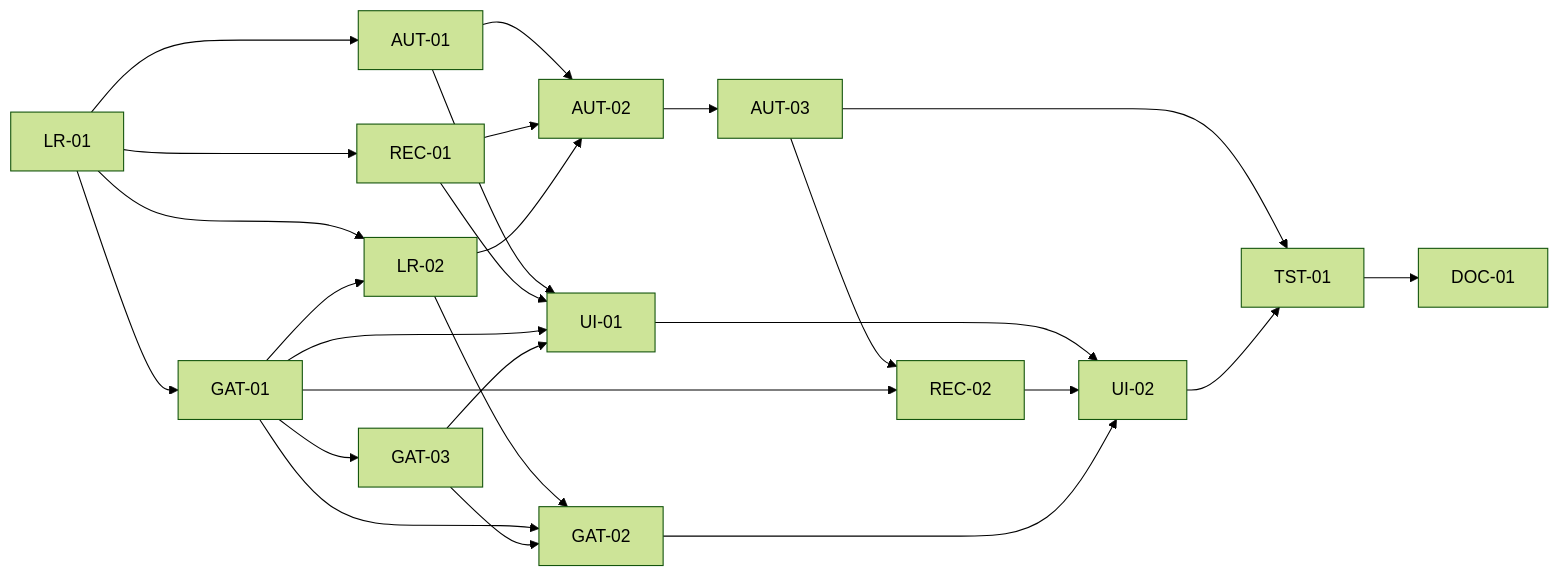
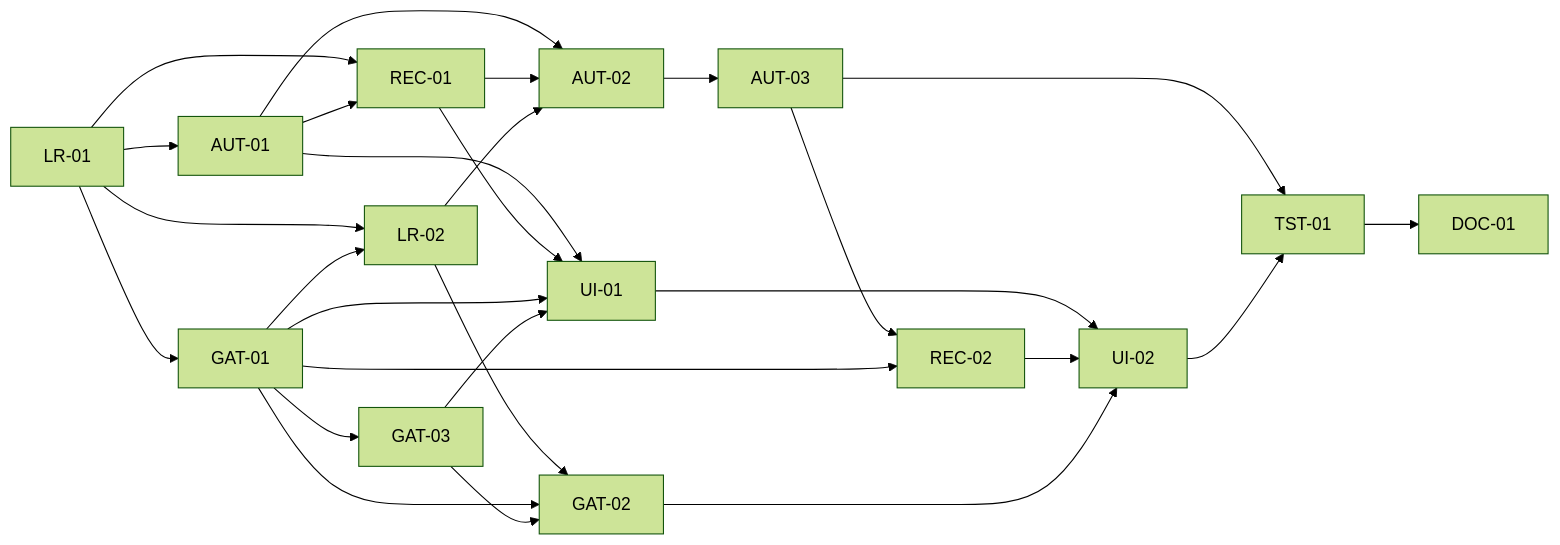
Before and after one commit to mhjmhj2002/naamive: the diagram in naamive/orchestration/demand-intake/node-web-orchestration-platform/16_PHASE_6_5_LIFECYCLE_ALIGNMENT_AND_AUTONOMOUS_ORCHESTRATION_RECOVERY.md, drawn with Mermaid (forest theme). The commit also changed other lines of this file and 4 other files, not shown here.

````diff
--- a/naamive/orchestration/demand-intake/node-web-orchestration-platform/16_PHASE_6_5_LIFECYCLE_ALIGNMENT_AND_AUTONOMOUS_ORCHESTRATION_RECOVERY.md
+++ b/naamive/orchestration/demand-intake/node-web-orchestration-platform/16_PHASE_6_5_LIFECYCLE_ALIGNMENT_AND_AUTONOMOUS_ORCHESTRATION_RECOVERY.md
@@ -220,25 +222,26 @@
 ```mermaid
 flowchart LR
   LR01[LR-01] --> GAT01[GAT-01] --> GAT03[GAT-03]
   LR01 --> AUT01[AUT-01]
   LR01 --> REC01[REC-01]
+  AUT01 --> REC01
   LR01 --> LR02[LR-02]
   GAT01 --> LR02
   AUT01 --> AUT02[AUT-02]
   REC01 --> AUT02
   LR02 --> AUT02 --> AUT03[AUT-03] --> REC02[REC-02]
   GAT01 --> REC02
   LR02 --> GAT02[GAT-02]
   GAT01 --> GAT02
   GAT03 --> GAT02
   AUT01 --> UI01[UI-01]
   REC01 --> UI01
   GAT01 --> UI01
   GAT03 --> UI01
   UI01 --> UI02[UI-02]
   REC02 --> UI02
   GAT02 --> UI02
   AUT03 --> TST01[TST-01]
   UI02 --> TST01
   TST01 --> DOC01[DOC-01]
 ```
````
